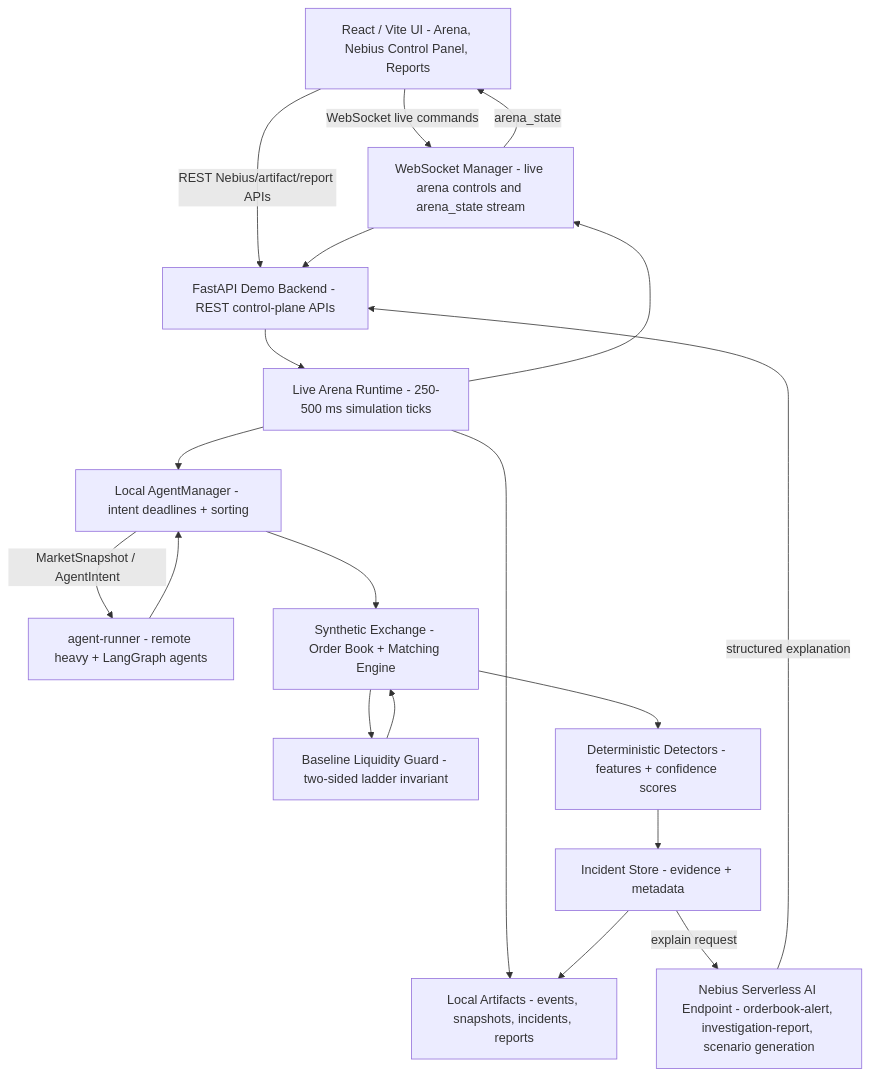
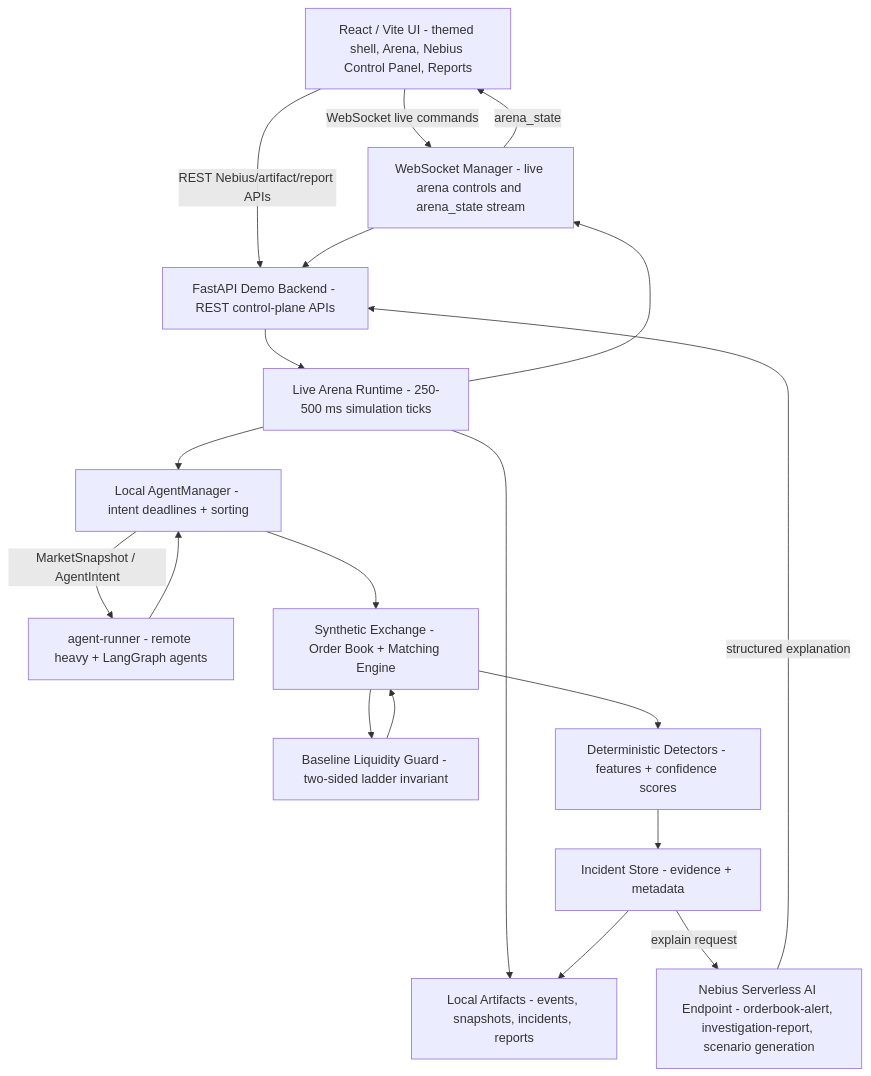
The first of 4 diagrams in docs/architecture.md (khab40/aimada), drawn with Mermaid before and after one commit. The commit also changed other lines of this file and 34 other files, not shown here.

````diff
--- a/docs/architecture.md
+++ b/docs/architecture.md
@@ -12,34 +12,34 @@
 ```mermaid
 graph TD
-    UI["React / Vite UI - Arena, Nebius Control Panel, Reports"]
+    UI["React / Vite UI - themed shell, Arena, Nebius Control Panel, Reports"]
     API["FastAPI Demo Backend - REST control-plane APIs"]
     WS["WebSocket Manager - live arena controls and arena_state stream"]
     Runtime["Live Arena Runtime - 250-500 ms simulation ticks"]
     Agents["Local AgentManager - intent deadlines + sorting"]
     Runner["agent-runner - remote heavy + LangGraph agents"]
     Exchange["Synthetic Exchange - Order Book + Matching Engine"]
     LiquidityGuard["Baseline Liquidity Guard - two-sided ladder invariant"]
     Detectors["Deterministic Detectors - features + confidence scores"]
     Incidents["Incident Store - evidence + metadata"]
     Explain["Nebius Serverless AI Endpoint - orderbook-alert, investigation-report, scenario generation"]
     Artifacts["Local Artifacts - events, snapshots, incidents, reports"]
 
     UI -->|WebSocket live commands| WS
     UI -->|REST Nebius/artifact/report APIs| API
     WS --> API
     API --> Runtime
     Runtime --> Agents
     Agents -->|MarketSnapshot / AgentIntent| Runner
     Runner --> Agents
     Agents --> Exchange
     Exchange --> LiquidityGuard
     LiquidityGuard --> Exchange
     Exchange --> Detectors
     Detectors --> Incidents
     Runtime --> WS
     WS -->|arena_state| UI
     Incidents -->|explain request| Explain
     Explain -->|structured explanation| API
     Runtime --> Artifacts
     Incidents --> Artifacts
 ```
````
